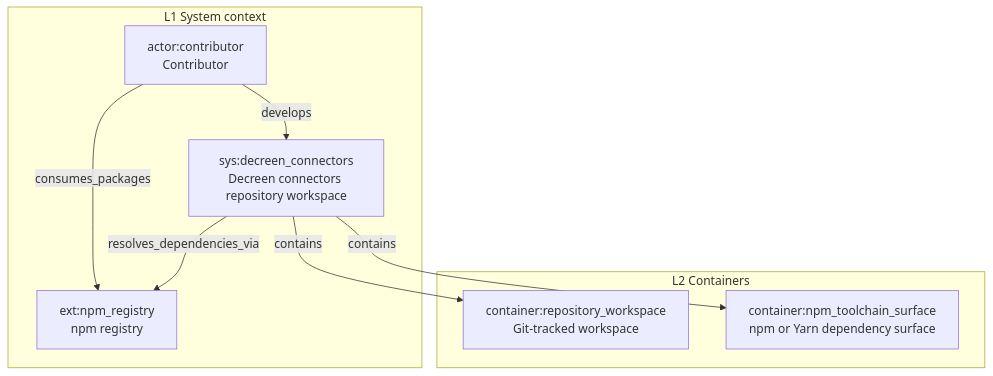
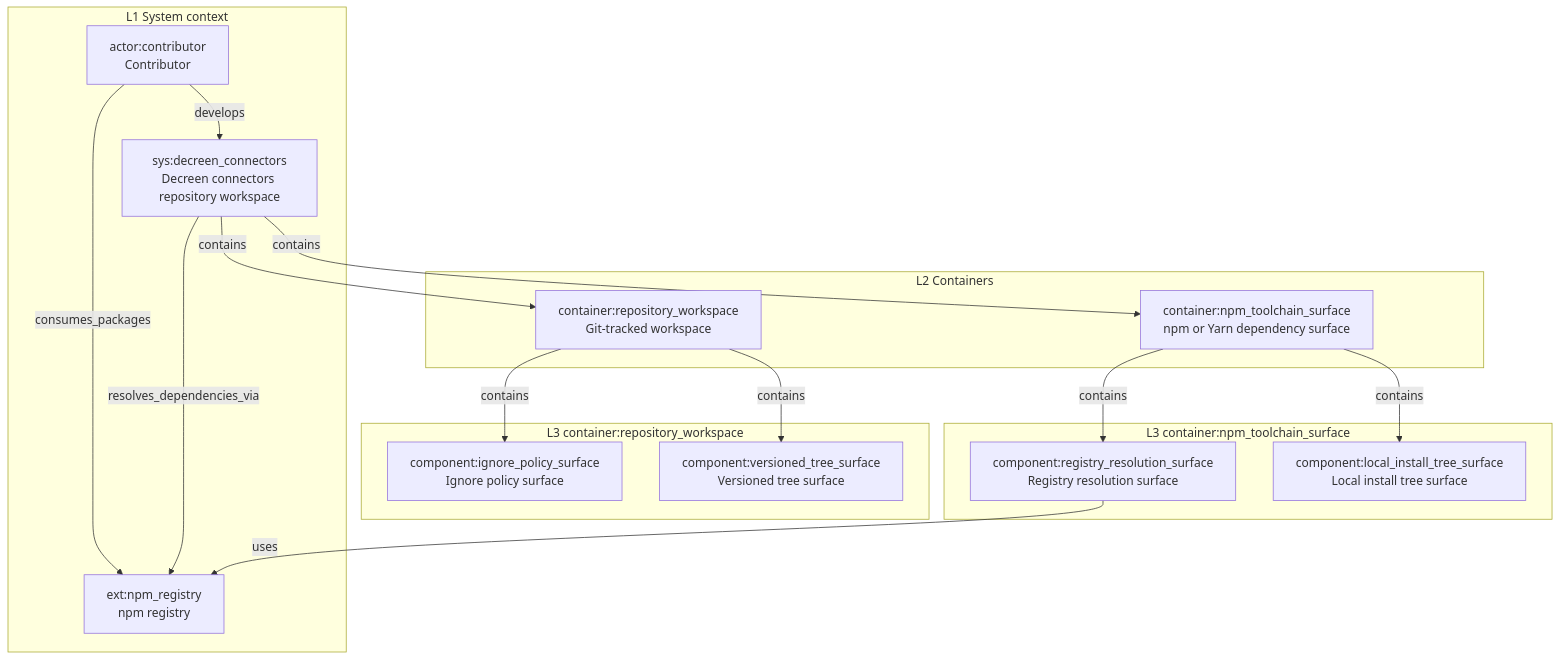
Before and after one commit to Decreen/decreen-connectors: the diagram in docs/c4-live.mermaid.md, drawn with Mermaid. The commit also changed 3 other files, not shown here.

````diff
--- a/docs/c4-live.mermaid.md
+++ b/docs/c4-live.mermaid.md
@@ -3,17 +3,30 @@
 ```mermaid
 flowchart TB
   subgraph L1["L1 System context"]
     actor_contributor["actor:contributor<br/>Contributor"]
     ext_npm["ext:npm_registry<br/>npm registry"]
     sys_dc["sys:decreen_connectors<br/>Decreen connectors repository workspace"]
   end
   subgraph L2["L2 Containers"]
     c_repo["container:repository_workspace<br/>Git-tracked workspace"]
     c_npm["container:npm_toolchain_surface<br/>npm or Yarn dependency surface"]
   end
+  subgraph L3_repo["L3 container:repository_workspace"]
+    comp_ign["component:ignore_policy_surface<br/>Ignore policy surface"]
+    comp_tree["component:versioned_tree_surface<br/>Versioned tree surface"]
+  end
+  subgraph L3_npm["L3 container:npm_toolchain_surface"]
+    comp_reg["component:registry_resolution_surface<br/>Registry resolution surface"]
+    comp_local["component:local_install_tree_surface<br/>Local install tree surface"]
+  end
   actor_contributor -->|"consumes_packages"| ext_npm
   actor_contributor -->|"develops"| sys_dc
   sys_dc -->|"resolves_dependencies_via"| ext_npm
   sys_dc -->|"contains"| c_repo
   sys_dc -->|"contains"| c_npm
+  c_repo -->|"contains"| comp_ign
+  c_repo -->|"contains"| comp_tree
+  c_npm -->|"contains"| comp_reg
+  c_npm -->|"contains"| comp_local
+  comp_reg -->|"uses"| ext_npm
 ```
````
